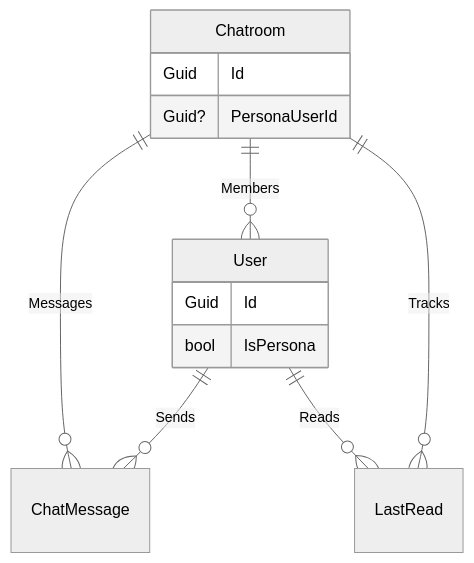
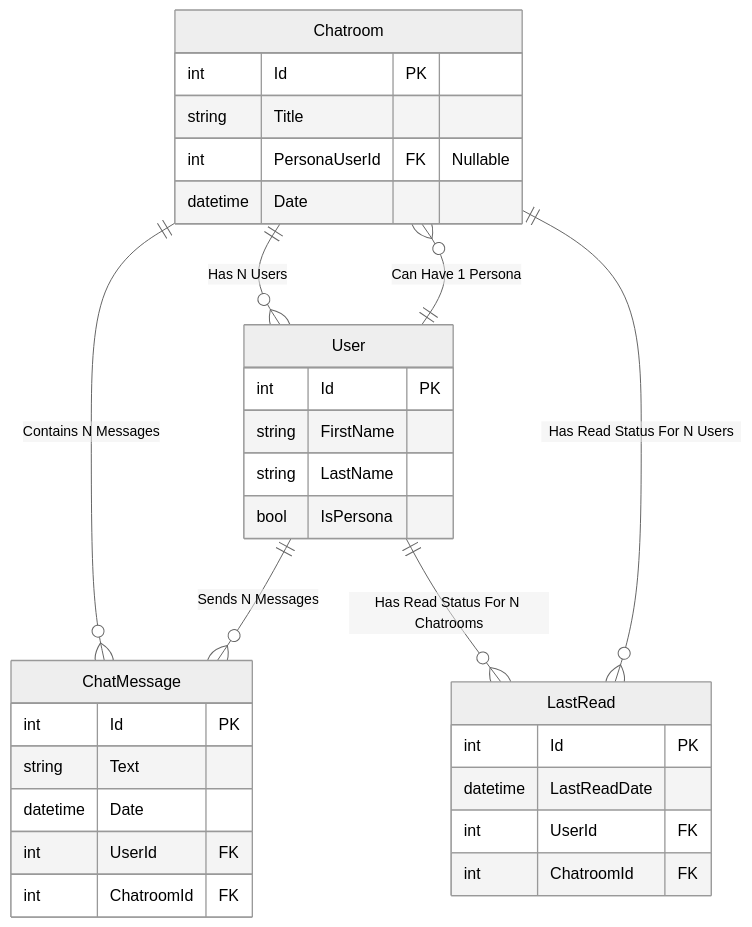
One commit to mr-ryan-james/chatty-mcchatface changed the diagram in documentation/plan/ai-persona-plan-backend.md. Above: the diagram before and after it, drawn with Mermaid (neutral theme). The commit also changed other lines of this file and 15 other files, not shown here.

First line of the commit message:
Refactor chat module and integrate AI persona features

````diff
--- a/documentation/plan/ai-persona-plan-backend.md
+++ b/documentation/plan/ai-persona-plan-backend.md
@@ -168,16 +282,35 @@
 ```mermaid
 erDiagram
     Chatroom {
-        Guid Id
-        Guid? PersonaUserId
+        int Id PK
+        string Title
+        int PersonaUserId FK "Nullable"
+        datetime Date
     }
     User {
-        Guid Id
+        int Id PK
+        string FirstName
+        string LastName
         bool IsPersona
     }
-    Chatroom ||--o{ User : Members
-    Chatroom ||--o{ ChatMessage : Messages
-    User ||--o{ ChatMessage : Sends
-    User ||--o{ LastRead : Reads
-    Chatroom ||--o{ LastRead : Tracks
+    ChatMessage {
+        int Id PK
+        string Text
+        datetime Date
+        int UserId FK
+        int ChatroomId FK
+    }
+    LastRead {
+        int Id PK
+        datetime LastReadDate
+        int UserId FK
+        int ChatroomId FK
+    }
+
+    Chatroom ||--o{ User : "Has N Users"
+    Chatroom ||--o{ ChatMessage : "Contains N Messages"
+    User ||--o{ ChatMessage : "Sends N Messages"
+    User ||--o{ LastRead : "Has Read Status For N Chatrooms"
+    Chatroom ||--o{ LastRead : "Has Read Status For N Users"
+    Chatroom }o--|| User : "Can Have 1 Persona"
 ```
````
